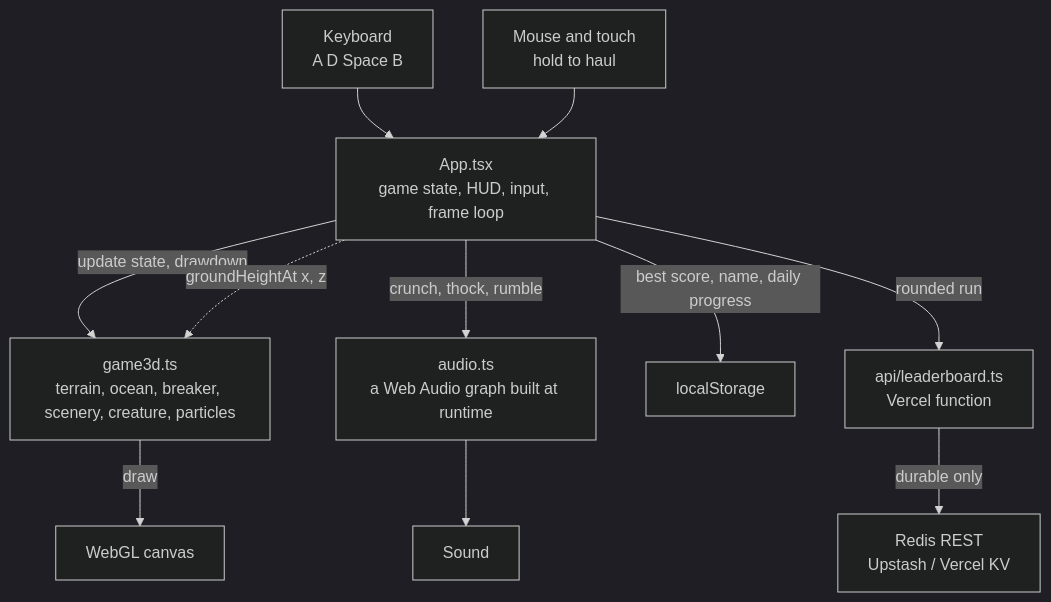
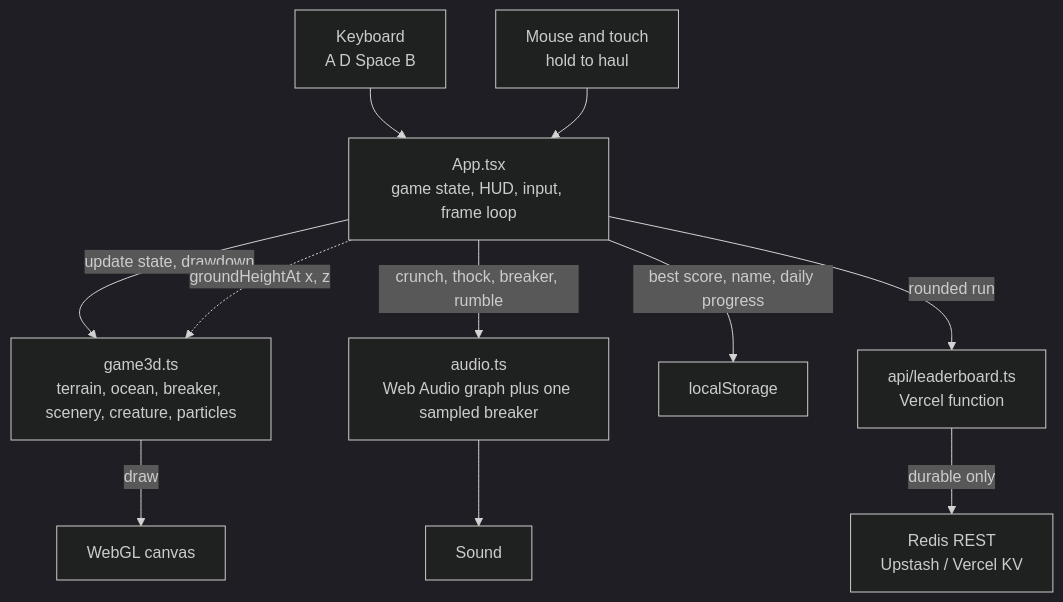
Before and after one commit to thesithunyein/wrackline: the fifth of 5 diagrams in README.md, drawn with Mermaid (dark theme). The commit also changed other lines of this file and 4 other files, not shown here.

````diff
--- a/README.md
+++ b/README.md
@@ -503,13 +516,13 @@
 ```mermaid
 flowchart TD
   Keys["Keyboard<br/>A D Space B"] --> App
   Pointer["Mouse and touch<br/>hold to haul"] --> App
   App["App.tsx<br/>game state, HUD, input, frame loop"] -->|"update state, drawdown"| Engine["game3d.ts<br/>terrain, ocean, breaker, scenery, creature, particles"]
   Engine -->|"draw"| Canvas["WebGL canvas"]
-  App -->|"crunch, thock, rumble"| Audio["audio.ts<br/>a Web Audio graph built at runtime"]
+  App -->|"crunch, thock, breaker, rumble"| Audio["audio.ts<br/>Web Audio graph plus one sampled breaker"]
   Audio --> Speakers["Sound"]
   App -->|"best score, name, daily progress"| Store["localStorage"]
   App -->|"rounded run"| Endpoint["api/leaderboard.ts<br/>Vercel function"]
   Endpoint -->|"durable only"| Vault["Redis REST<br/>Upstash / Vercel KV"]
   App -.->|"groundHeightAt x, z"| Engine
 ```
````
